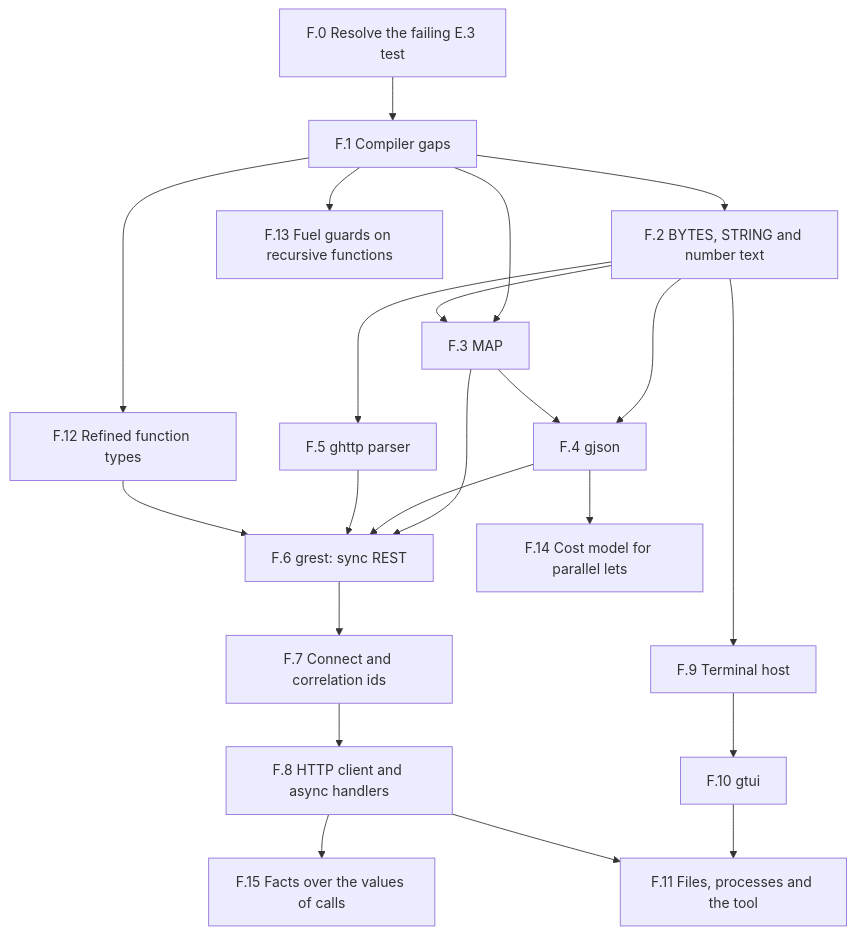
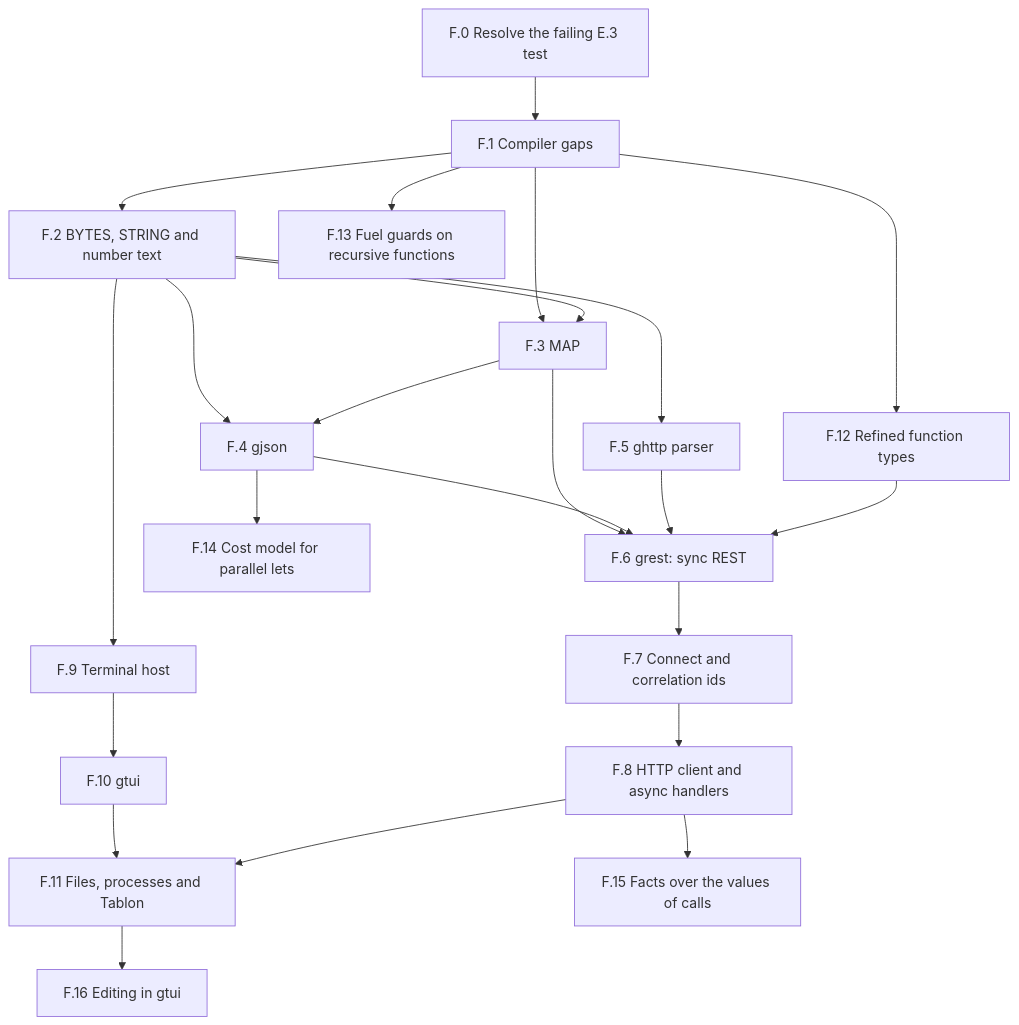
One commit to GardelPL/gardel changed the diagram in plan/libraries/verified_libraries.md. Above: the diagram before and after it, drawn with Mermaid. The commit also changed other lines of this file and 18 other files, not shown here.

````diff
--- a/plan/libraries/verified_libraries.md
+++ b/plan/libraries/verified_libraries.md
@@ -54,31 +54,33 @@
 ```mermaid
 flowchart TD
     F0["F.0 Resolve the failing E.3 test"]
     F1["F.1 Compiler gaps"]
     F2["F.2 BYTES, STRING and number text"]
     F3["F.3 MAP"]
     F4["F.4 gjson"]
     F5["F.5 ghttp parser"]
     F6["F.6 grest: sync REST"]
     F7["F.7 Connect and correlation ids"]
     F8["F.8 HTTP client and async handlers"]
     F9["F.9 Terminal host"]
     F10["F.10 gtui"]
-    F11["F.11 Files, processes and the tool"]
+    F11["F.11 Files, processes and Tablon"]
+    F16["F.16 Editing in gtui"]
     F0 --> F1 --> F2
     F1 --> F3
     F2 --> F3
     F2 --> F4
     F2 --> F5
     F3 --> F4
     F3 --> F6
     F4 --> F6
     F5 --> F6
     F1 --> F12["F.12 Refined function types"] --> F6
     F1 --> F13["F.13 Fuel guards on recursive functions"]
     F4 --> F14["F.14 Cost model for parallel lets"]
     F8 --> F15["F.15 Facts over the values of calls"]
     F6 --> F7 --> F8
     F2 --> F9 --> F10 --> F11
     F8 --> F11
+    F11 --> F16
 ```
````
